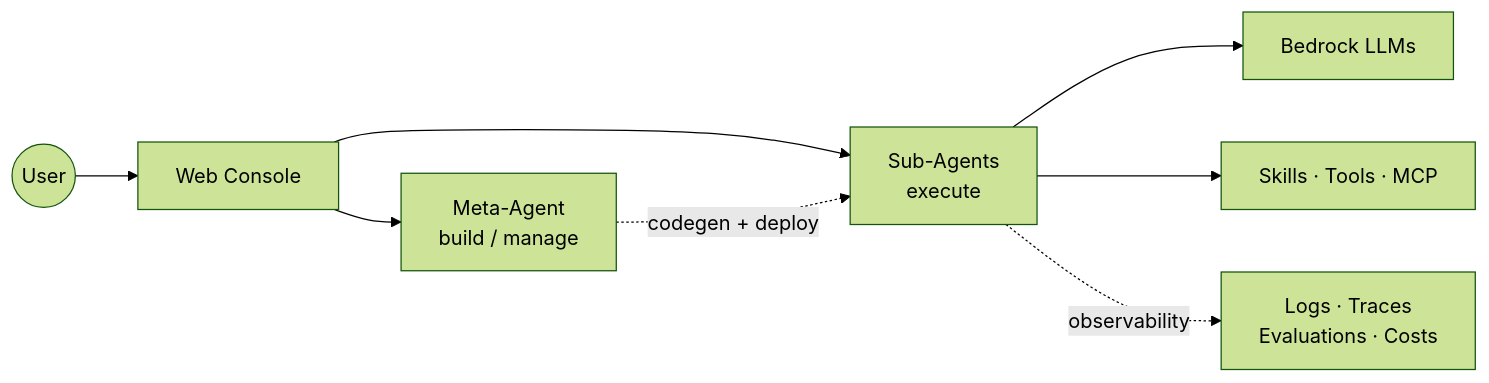
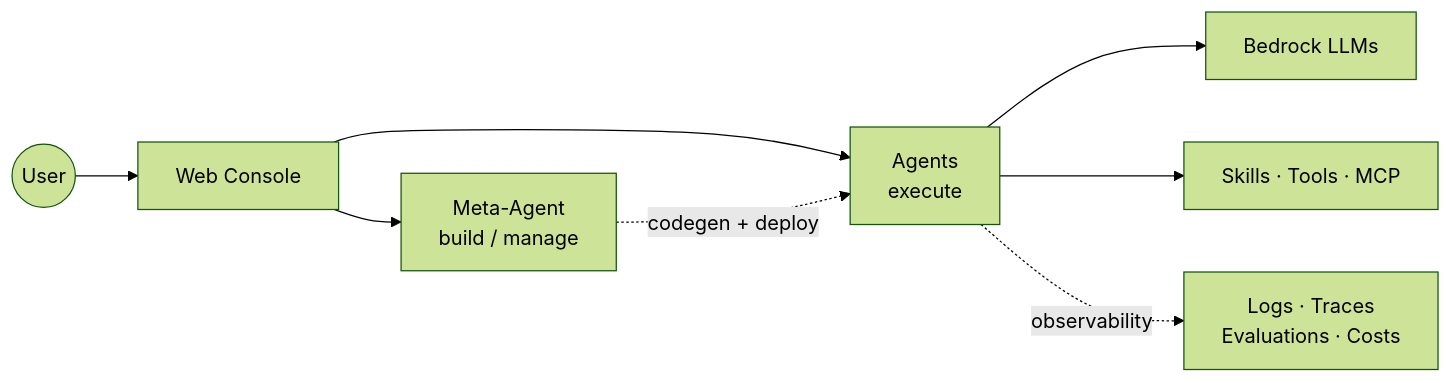
The second of 2 diagrams in README.md (ddpie/agent-studio), drawn with Mermaid (forest theme) before and after one commit. The commit also changed other lines of this file and 50 other files, not shown here.

````diff
--- a/README.md
+++ b/README.md
@@ -138,10 +104,10 @@
 ```mermaid
 graph LR
     User((User)) --> Web[Web Console]
     Web --> Meta[Meta-Agent<br/>build / manage]
-    Web --> Sub[Sub-Agents<br/>execute]
+    Web --> Sub[Agents<br/>execute]
     Meta -.codegen + deploy.-> Sub
     Sub --> LLM[Bedrock LLMs]
     Sub --> Ext[Skills · Tools · MCP]
     Sub -.observability.-> Obs[Logs · Traces<br/>Evaluations · Costs]
 ```
````
